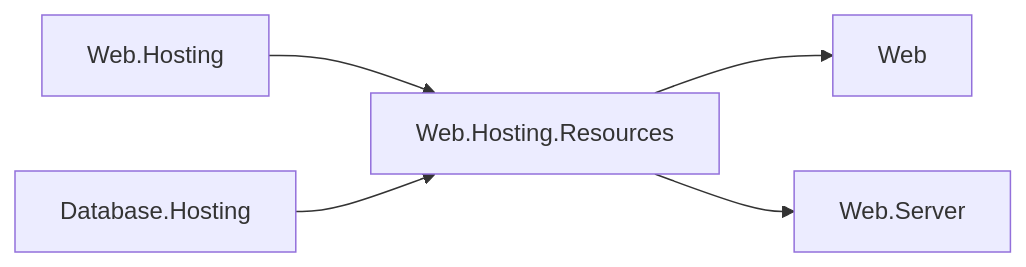
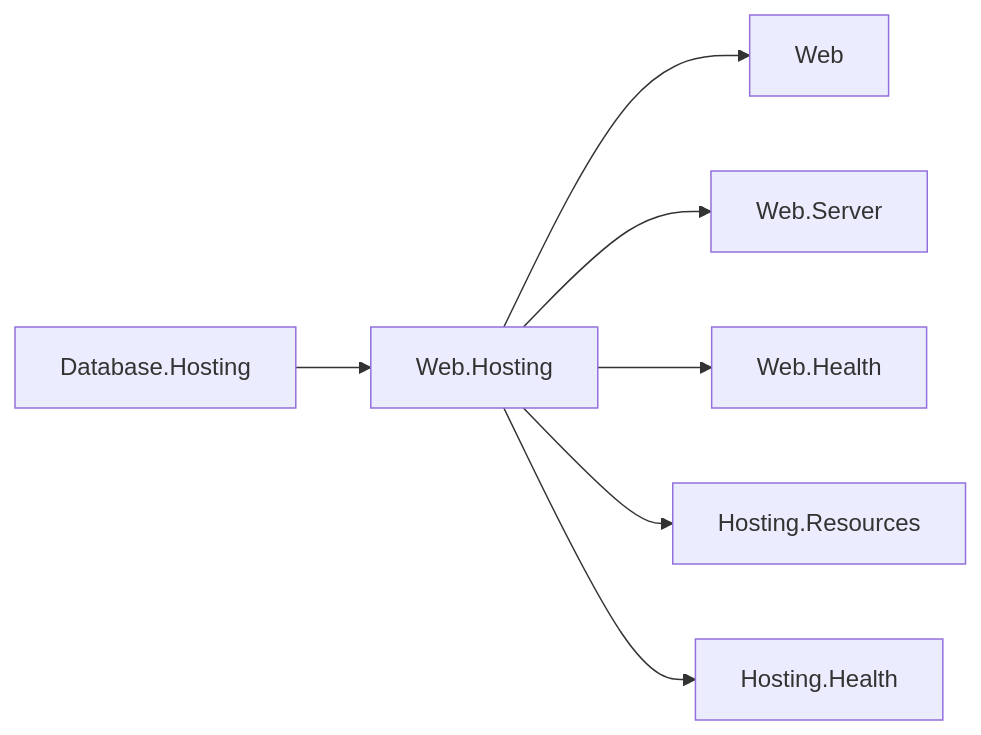
The diagram in docs/resources/Web/DESIGN.md (assimalign/cohesion), drawn with Mermaid before and after one commit. The commit also changed other lines of this file and 174 other files, not shown here.

First line of the commit message:
refactor(web): roll hosting integrations into Web.Hosting [L03.01.01.48.01]

````diff
--- a/docs/resources/Web/DESIGN.md
+++ b/docs/resources/Web/DESIGN.md
@@ -16,7 +34,9 @@
 ```mermaid
 flowchart LR
-    WebHost["Web.Hosting"] --> Terminal["Web.Hosting.Resources"]
-    DbHost["Database.Hosting"] --> Terminal
-    Terminal --> Web["Web"]
-    Terminal --> Server["Web.Server"]
+    DbHost["Database.Hosting"] --> WebHost["Web.Hosting"]
+    WebHost --> Web["Web"]
+    WebHost --> Server["Web.Server"]
+    WebHost --> Health["Web.Health"]
+    WebHost --> Resources["Hosting.Resources"]
+    WebHost --> Contributors["Hosting.Health"]
 ```
````
